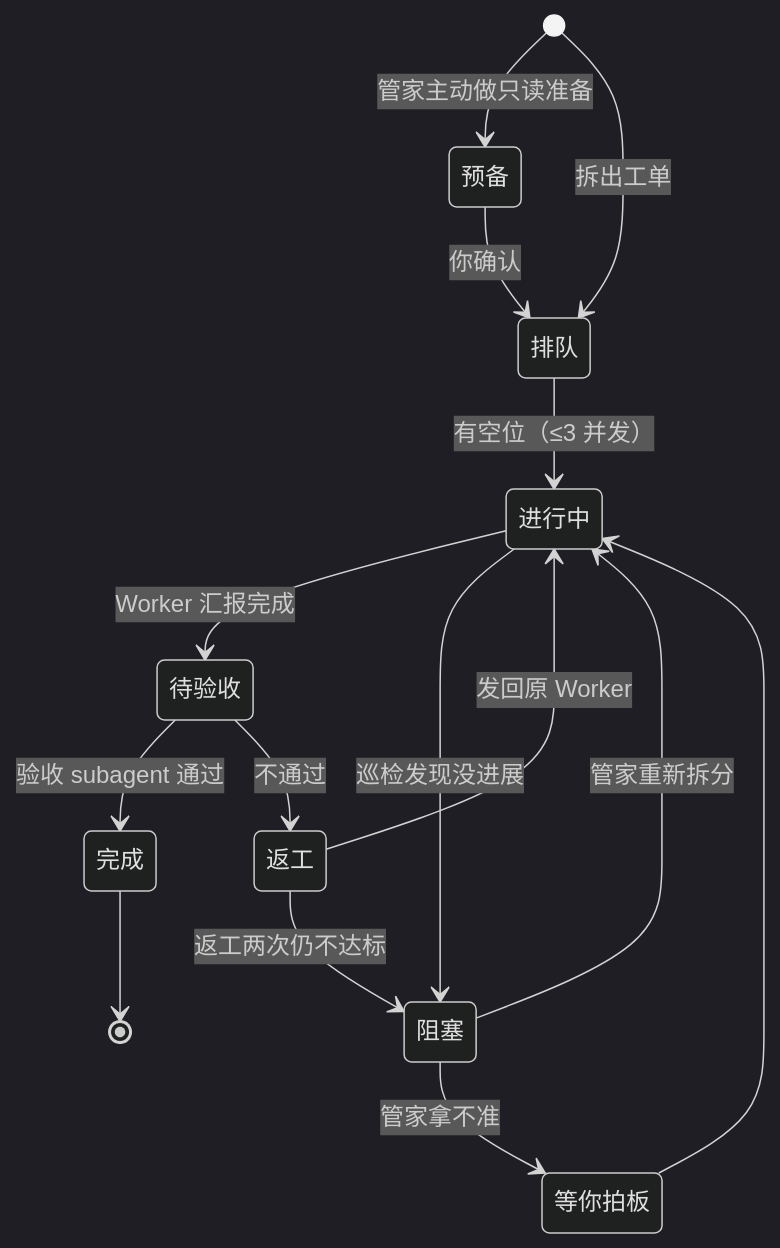
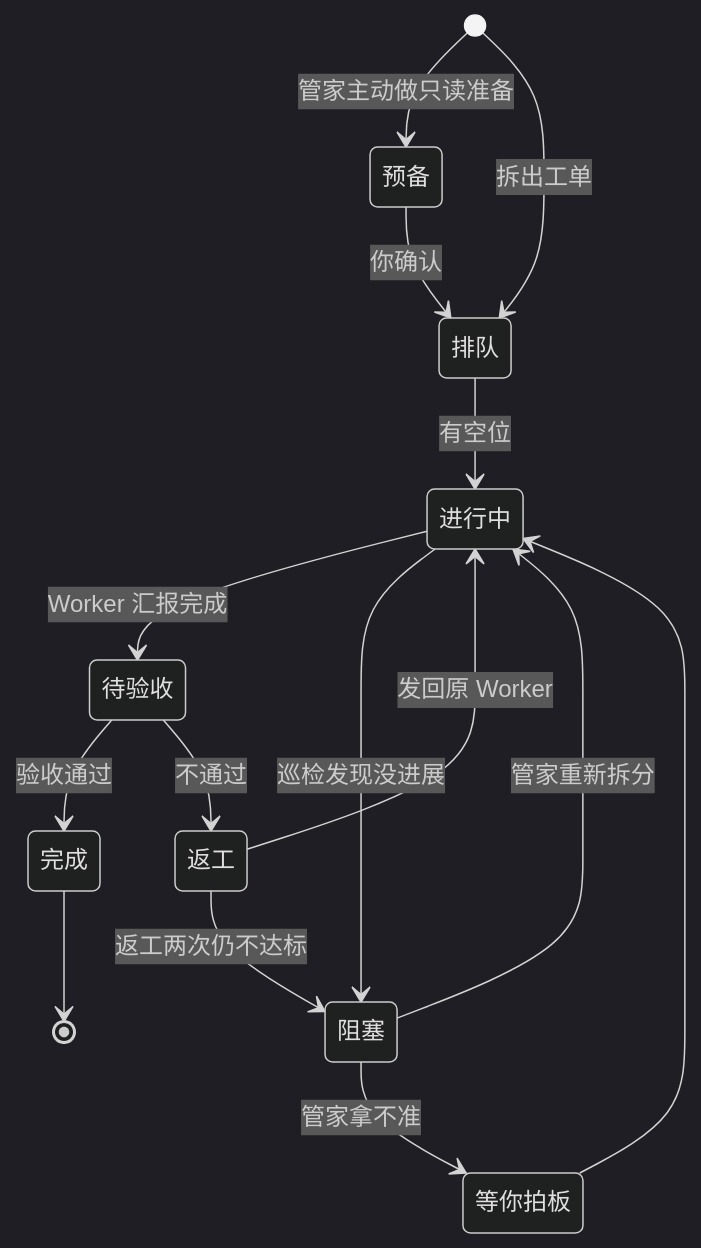
The second of 2 diagrams in README.zh-CN.md (veragao0101-cmd/butler-skill), drawn with Mermaid (dark theme) before and after one commit. The commit also changed other lines of this file and 9 other files, not shown here.

````diff
--- a/README.zh-CN.md
+++ b/README.zh-CN.md
@@ -97,17 +97,17 @@
 ```mermaid
 stateDiagram-v2
     [*] --> 预备: 管家主动做只读准备
     [*] --> 排队: 拆出工单
     预备 --> 排队: 你确认
-    排队 --> 进行中: 有空位（≤3 并发）
+    排队 --> 进行中: 有空位
     进行中 --> 待验收: Worker 汇报完成
     进行中 --> 阻塞: 巡检发现没进展
-    待验收 --> 完成: 验收 subagent 通过
+    待验收 --> 完成: 验收通过
     待验收 --> 返工: 不通过
     返工 --> 进行中: 发回原 Worker
     返工 --> 阻塞: 返工两次仍不达标
     阻塞 --> 进行中: 管家重新拆分
     阻塞 --> 等你拍板: 管家拿不准
     等你拍板 --> 进行中
     完成 --> [*]
 ```
````
